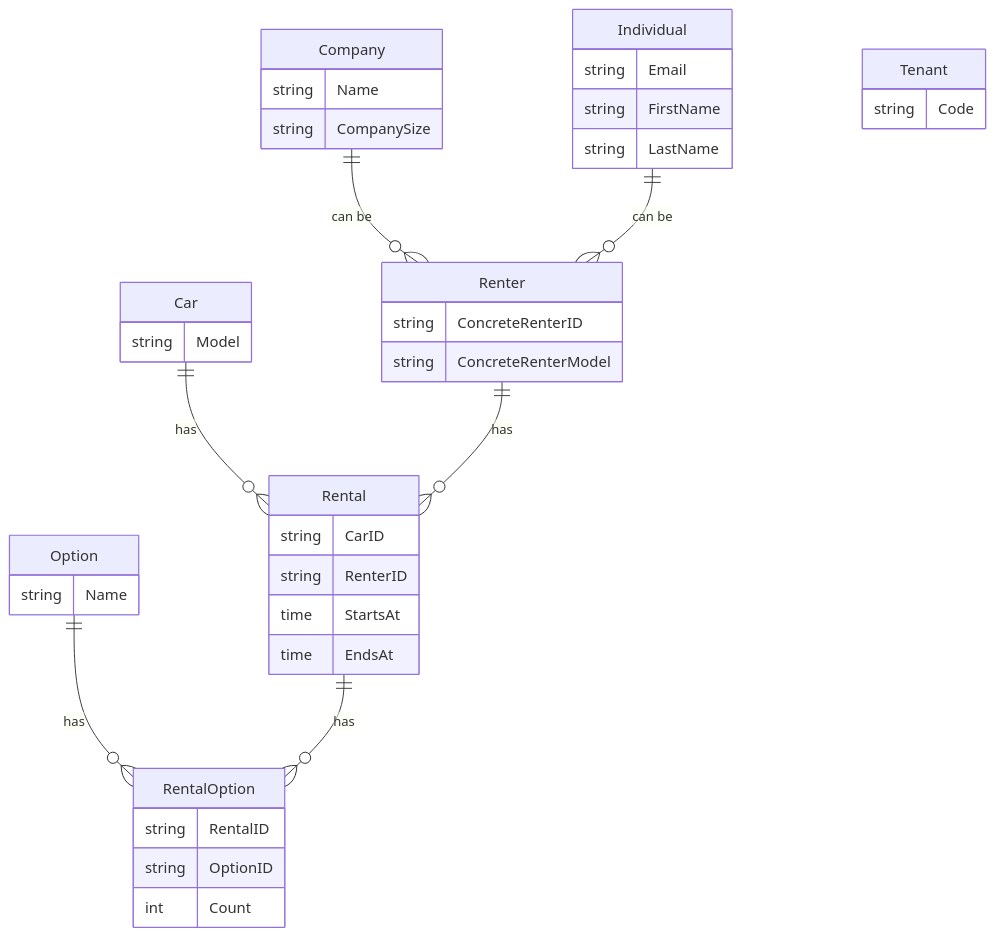
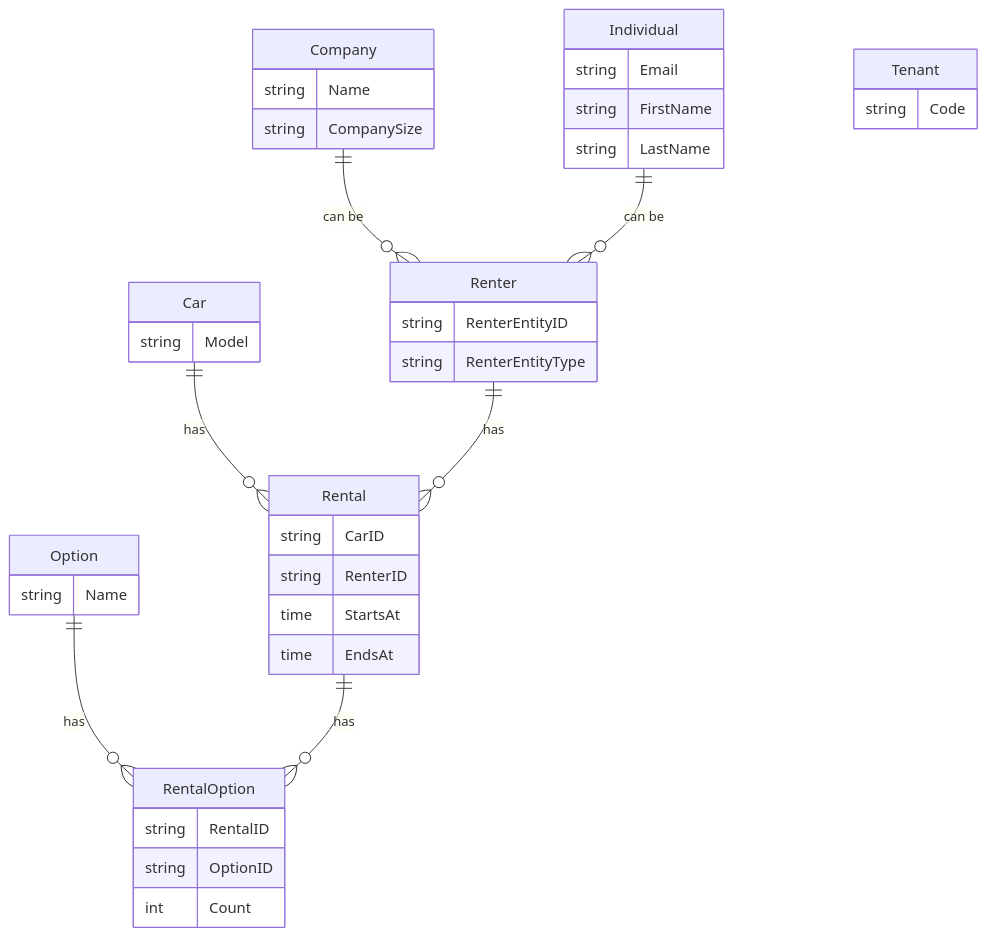
Before and after one commit to jp-ryuji/go-arch-patterns: the diagram in docs/er-diagram.md, drawn with Mermaid. The commit also changed 6 other files, not shown here.

Commit message:
refactor field names of Renter domain model

````diff
--- a/docs/er-diagram.md
+++ b/docs/er-diagram.md
@@ -13,51 +13,51 @@
 ```mermaid
 erDiagram
     Company ||--o{ Renter : "can be"
     Individual ||--o{ Renter : "can be"
     Car ||--o{ Rental : has
 
     Renter ||--o{ Rental : has
     Option ||--o{ RentalOption : has
     Rental ||--o{ RentalOption : has
 
     Tenant {
         string Code
     }
 
     Car {
         string Model
     }
 
     Company {
         string Name
         string CompanySize
     }
 
     Individual {
         string Email
         string FirstName
         string LastName
     }
 
     Renter {
-        string ConcreteRenterID
-        string ConcreteRenterModel
+        string RenterEntityID
+        string RenterEntityType
     }
 
     Rental {
         string CarID
         string RenterID
         time StartsAt
         time EndsAt
     }
 
     Option {
         string Name
     }
 
     RentalOption {
         string RentalID
         string OptionID
         int Count
     }
 ```
````
